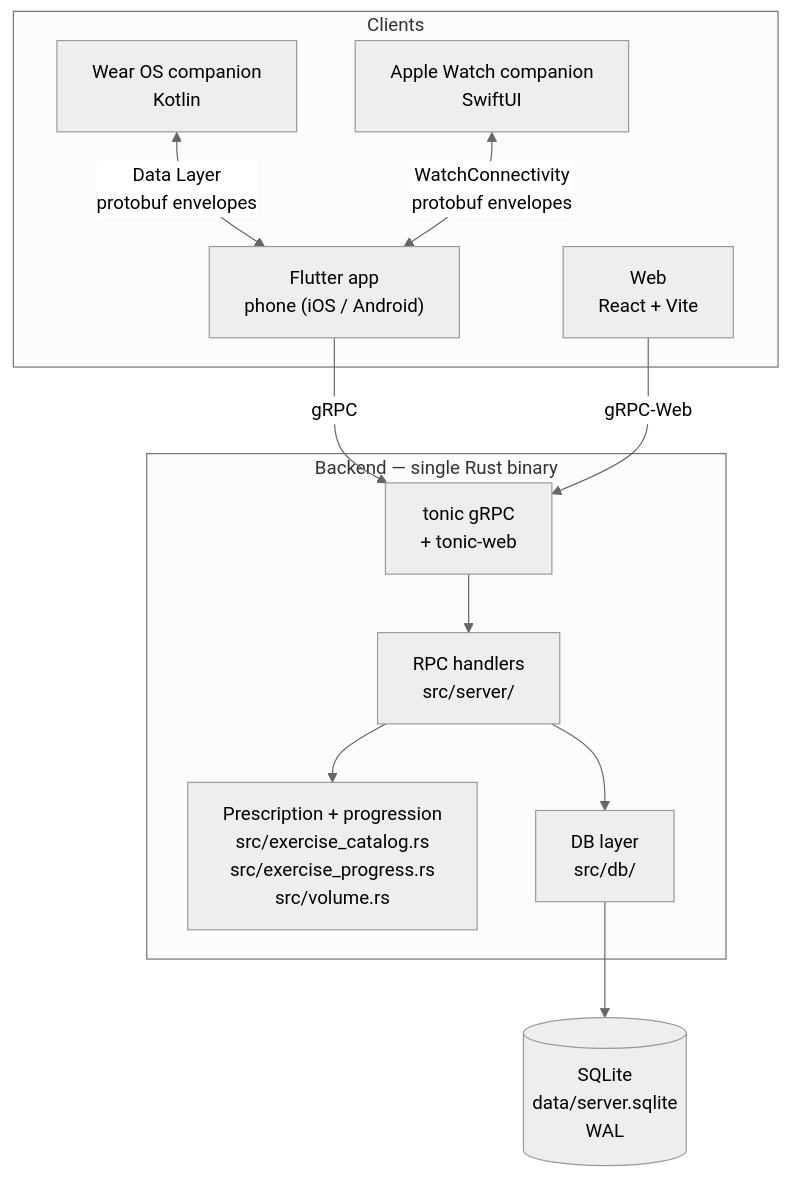
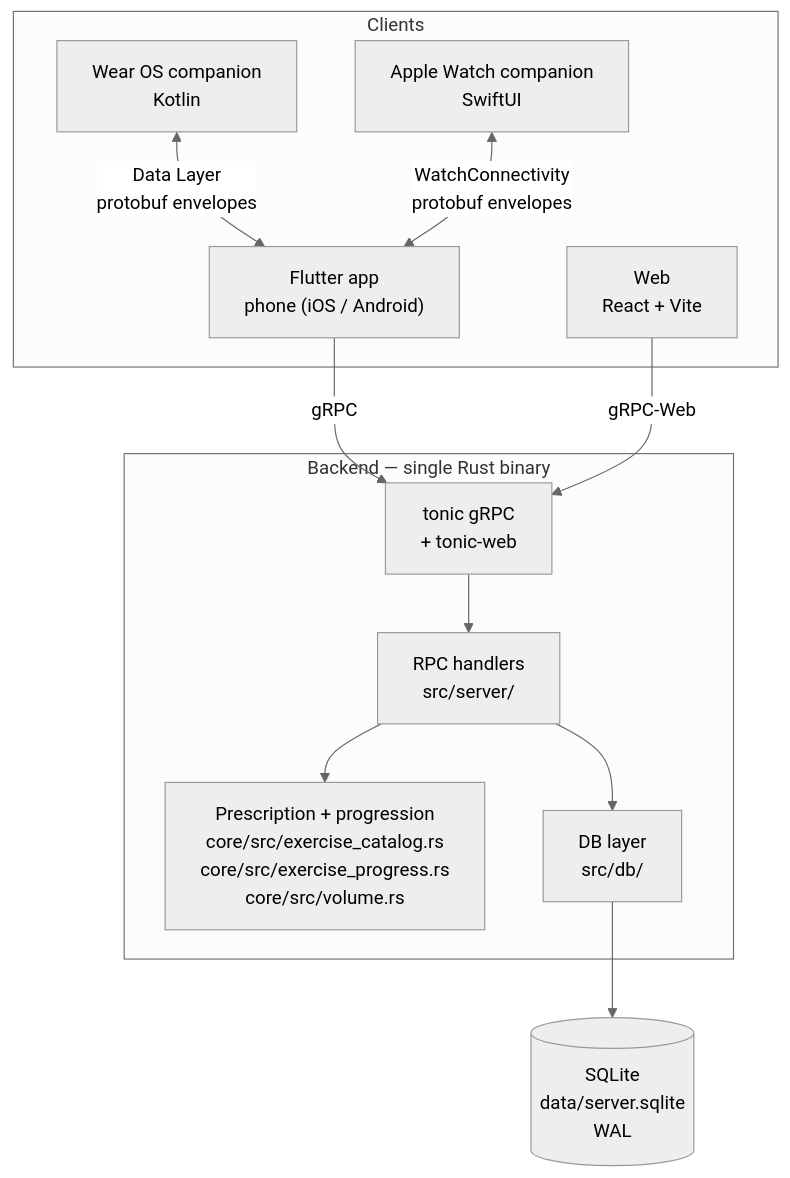
One commit to brensch/lift changed the first of 4 diagrams in docs/architecture/overview.md. Above: the diagram before and after it, drawn with Mermaid (neutral theme). The commit also changed 47 other files, not shown here.

````diff
--- a/docs/architecture/overview.md
+++ b/docs/architecture/overview.md
@@ -10,27 +10,27 @@
 ```mermaid
 graph TB
     subgraph clients["Clients"]
         phone["Flutter app<br/>phone (iOS / Android)"]
         wear["Wear OS companion<br/>Kotlin"]
         watchos["Apple Watch companion<br/>SwiftUI"]
         webapp["Web<br/>React + Vite"]
     end
 
     subgraph server["Backend — single Rust binary"]
         grpc["tonic gRPC<br/>+ tonic-web"]
         handlers["RPC handlers<br/>src/server/"]
-        engine["Prescription + progression<br/>src/exercise_catalog.rs<br/>src/exercise_progress.rs<br/>src/volume.rs"]
+        engine["Prescription + progression<br/>core/src/exercise_catalog.rs<br/>core/src/exercise_progress.rs<br/>core/src/volume.rs"]
         dbl["DB layer<br/>src/db/"]
     end
 
     sqlite[("SQLite<br/>data/server.sqlite<br/>WAL")]
 
     wear <-->|"Data Layer<br/>protobuf envelopes"| phone
     watchos <-->|"WatchConnectivity<br/>protobuf envelopes"| phone
     phone -->|gRPC| grpc
     webapp -->|gRPC-Web| grpc
     grpc --> handlers
     handlers --> engine
     handlers --> dbl
     dbl --> sqlite
 ```
````
